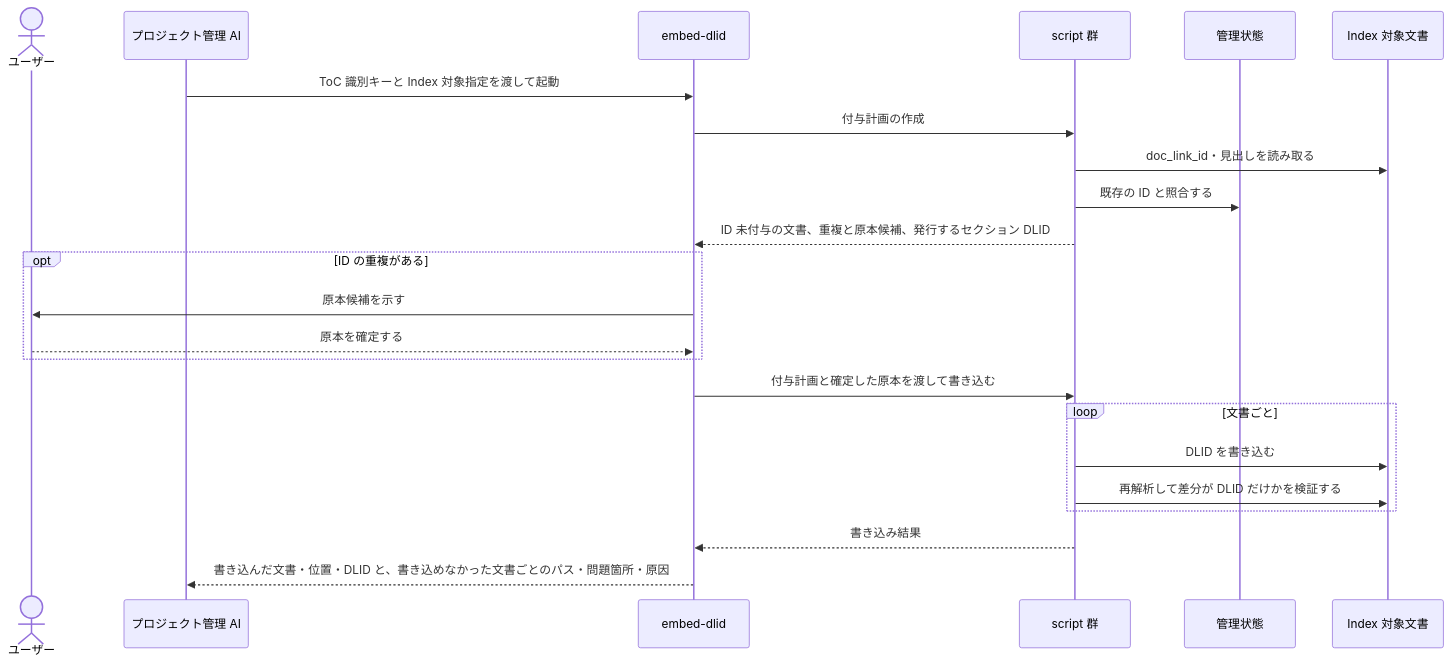
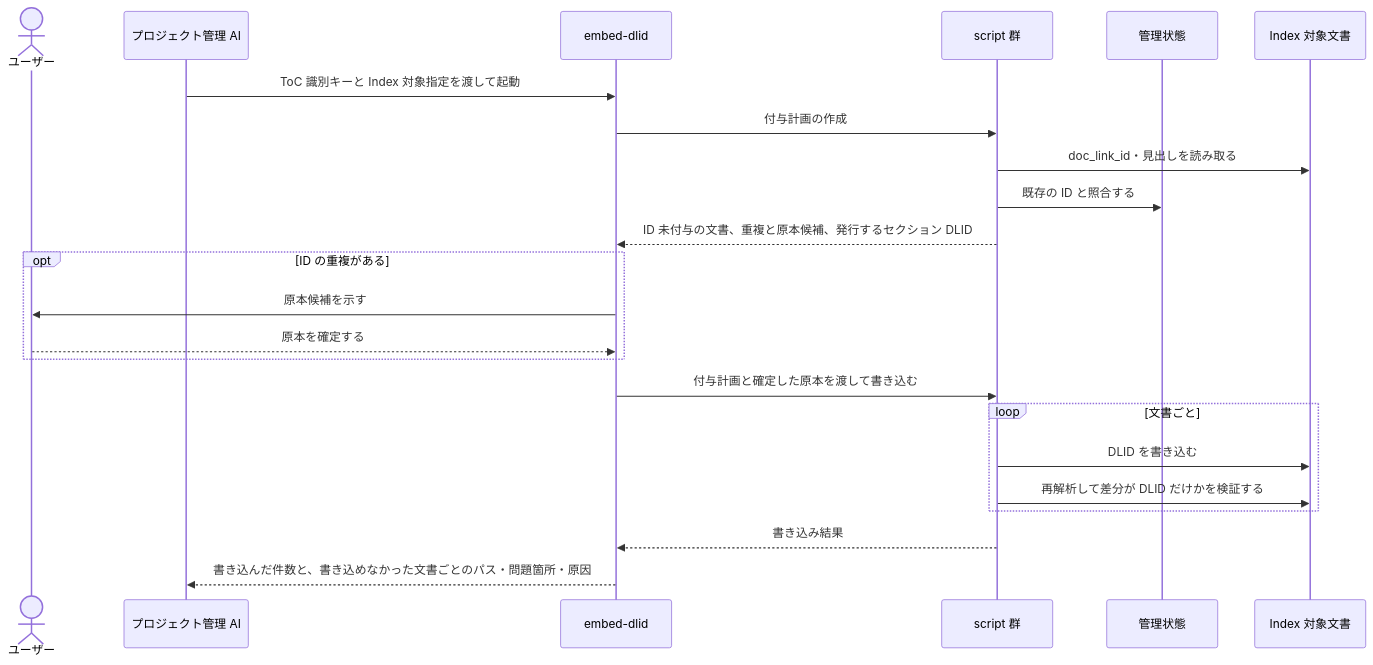
Before and after one commit to BlueEventHorizon/doc-link: the second of 10 diagrams in docs/specs/design/DES-010_skill-composition.md, drawn with Mermaid. The commit also changed other lines of this file and 30 other files, not shown here.

````diff
--- a/docs/specs/design/DES-010_skill-composition.md
+++ b/docs/specs/design/DES-010_skill-composition.md
@@ -144,26 +144,26 @@
 ```mermaid
 sequenceDiagram
     actor User as ユーザー
     participant PM as プロジェクト管理 AI
     participant Skill as embed-dlid
     participant Scripts as script 群
     participant State as 管理状態
     participant Docs as Index 対象文書
 
     PM->>Skill: ToC 識別キーと Index 対象指定を渡して起動
     Skill->>Scripts: 付与計画の作成
     Scripts->>Docs: doc_link_id・見出しを読み取る
     Scripts->>State: 既存の ID と照合する
     Scripts-->>Skill: ID 未付与の文書、重複と原本候補、発行するセクション DLID
     opt ID の重複がある
         Skill->>User: 原本候補を示す
         User-->>Skill: 原本を確定する
     end
     Skill->>Scripts: 付与計画と確定した原本を渡して書き込む
     loop 文書ごと
         Scripts->>Docs: DLID を書き込む
         Scripts->>Docs: 再解析して差分が DLID だけかを検証する
     end
     Scripts-->>Skill: 書き込み結果
-    Skill-->>PM: 書き込んだ文書・位置・DLID と、書き込めなかった文書ごとのパス・問題箇所・原因
+    Skill-->>PM: 書き込んだ件数と、書き込めなかった文書ごとのパス・問題箇所・原因
 ```
````
